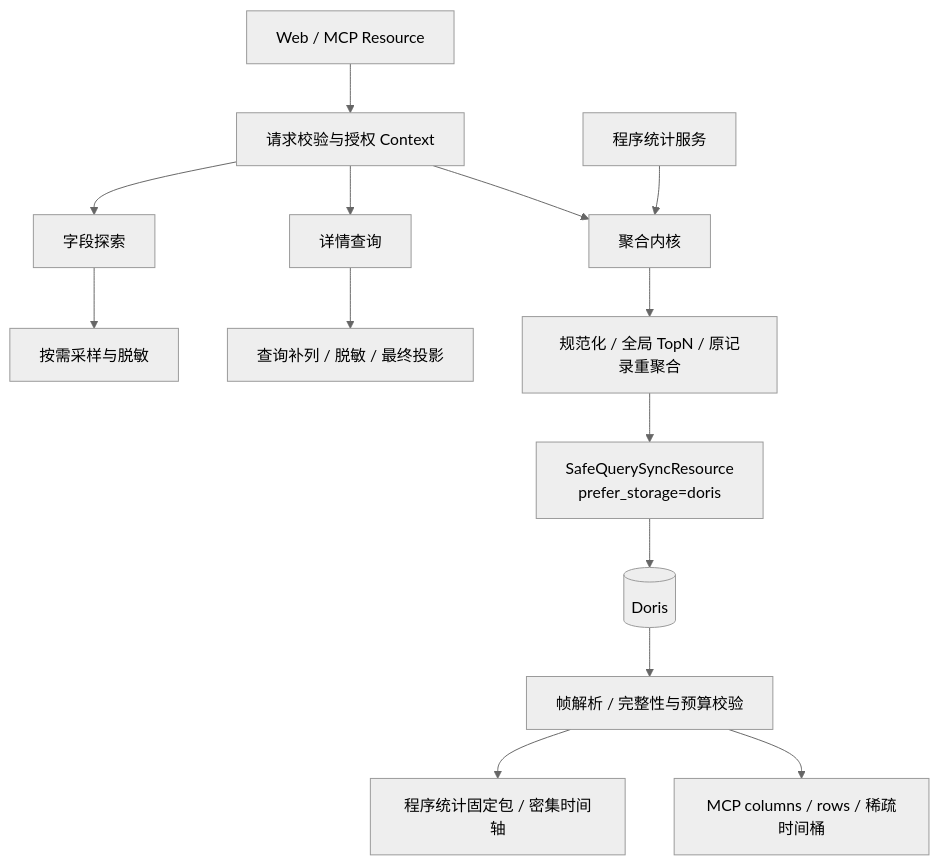
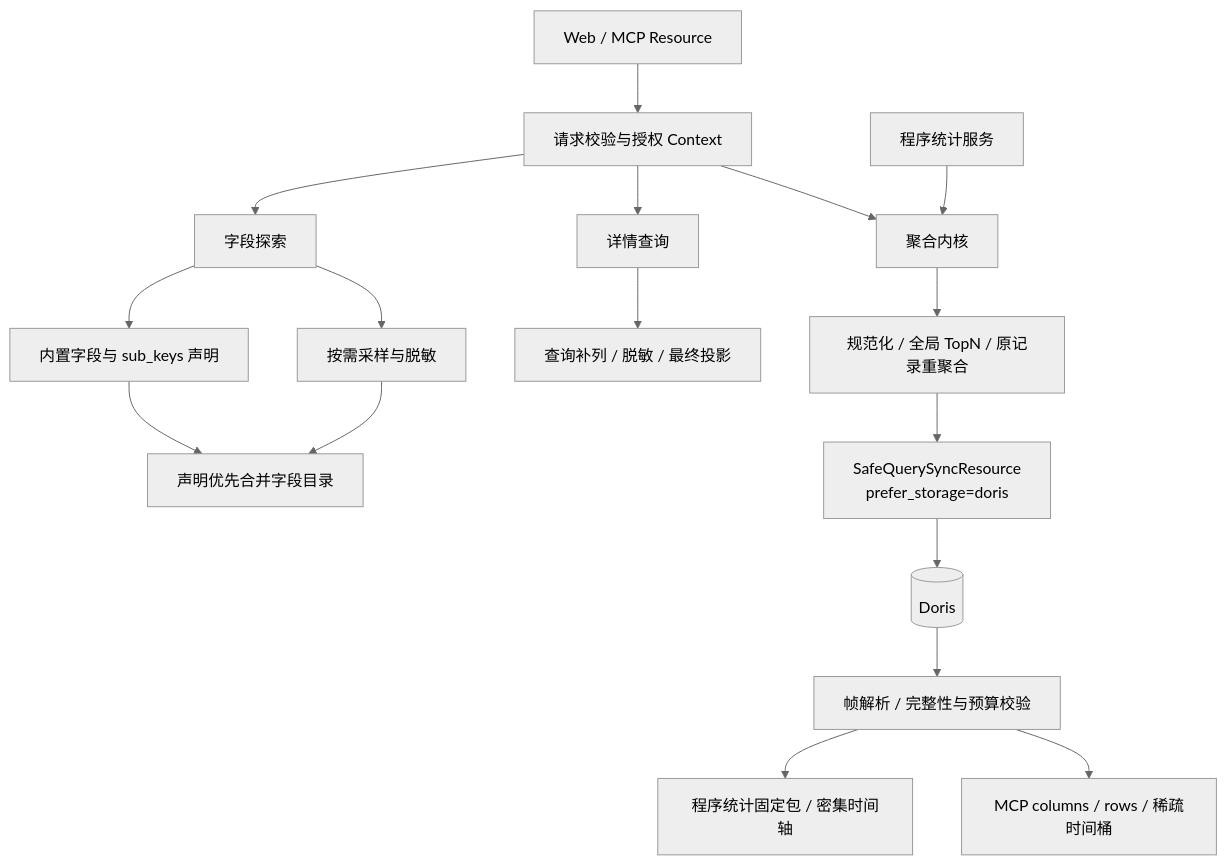
The diagram in src/backend/services/web/query/ai_assistant/log_tools/README.md (TencentBlueKing/bk-audit), drawn with Mermaid (neutral theme) before and after one commit. The commit also changed other lines of this file and 35 other files, not shown here.

````diff
--- a/src/backend/services/web/query/ai_assistant/log_tools/README.md
+++ b/src/backend/services/web/query/ai_assistant/log_tools/README.md
@@ -19,16 +19,19 @@
 ```mermaid
 flowchart TD
     Web[Web / MCP Resource] --> Context[请求校验与授权 Context]
     Context --> Metadata[字段探索]
     Context --> Detail[详情查询]
     Context --> Aggregate[聚合内核]
     Program[程序统计服务] --> Aggregate
+    Metadata --> Definition[内置字段与 sub_keys 声明]
     Metadata --> Sample[按需采样与脱敏]
+    Definition --> Catalog[声明优先合并字段目录]
+    Sample --> Catalog
     Detail --> Project[查询补列 / 脱敏 / 最终投影]
     Aggregate --> SQL[规范化 / 全局 TopN / 原记录重聚合]
     SQL --> BKBase[SafeQuerySyncResource<br/>prefer_storage=doris]
     BKBase --> Doris[(Doris)]
     Doris --> Result[帧解析 / 完整性与预算校验]
     Result --> Fixed[程序统计固定包 / 密集时间轴]
     Result --> Compact[MCP columns / rows / 稀疏时间桶]
 ```
````
